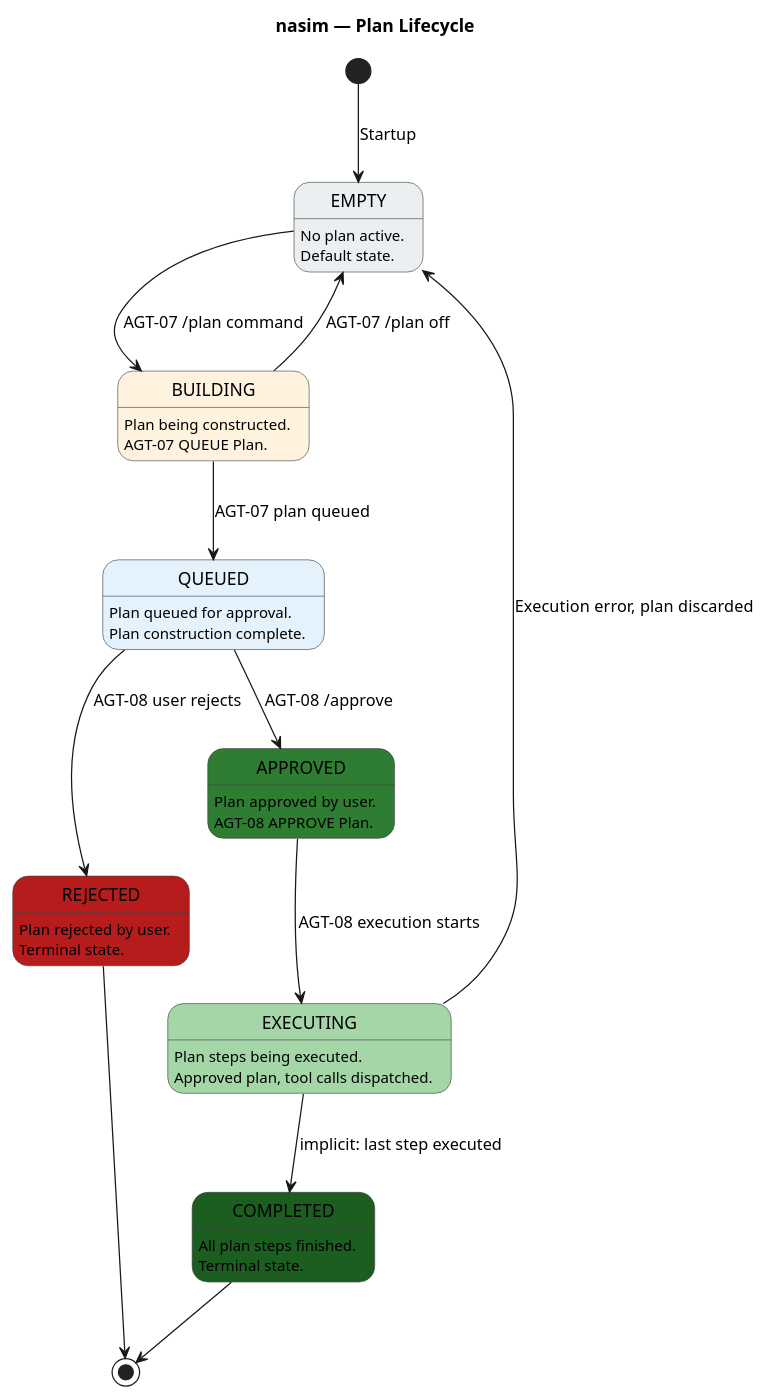
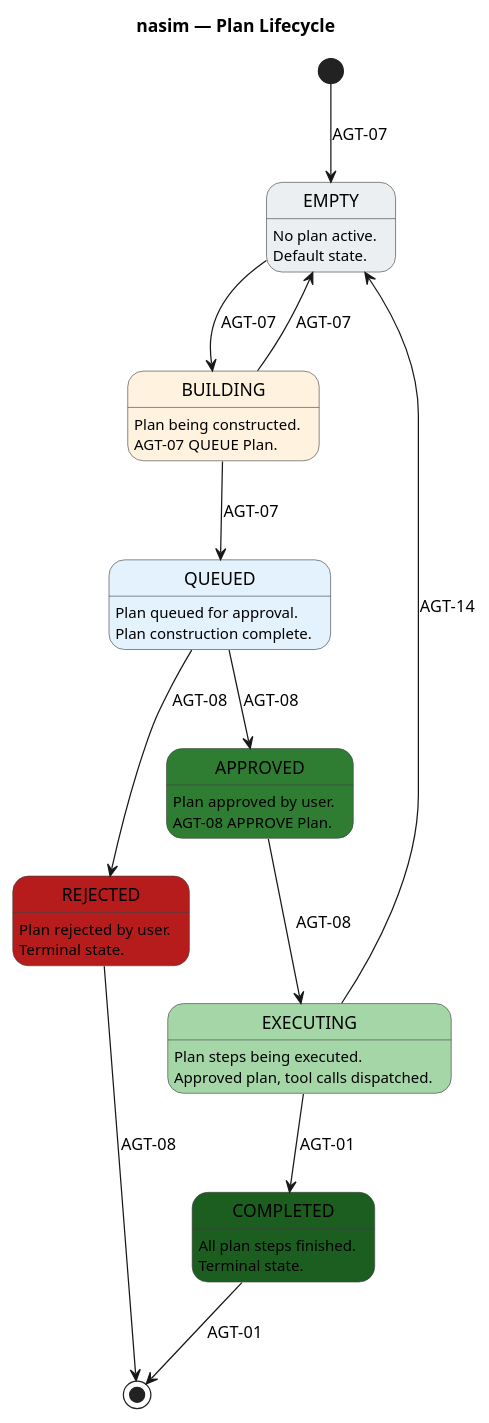
Before and after one commit to salimnamvar/nasim: the fourth of 4 diagrams in SM.md, drawn with PlantUML. The commit also changed other lines of this file and 3 other files, not shown here.

Commit message:
docs: Update documentation paths and enhance component diagram descriptions

```diff
--- a/SM.md
+++ b/SM.md
@@ -405,61 +408,61 @@
 @startuml sm_plan_lifecycle
 ' ============================================================
 ' Title:     nasim — Plan Lifecycle State Machine
 ' Boundary:  nasim code agent
 ' Purpose:   Entity lifecycle for Plan (persisted in PlanSession)
 ' Milestone: v1.0
 ' Version:   6.0.0
 ' Source:    docs/UC/README.md
 ' Review:    docs/audit/audit.2026.06.20.sq-sm-chain.car.md
 ' ============================================================
 
 title nasim — Plan Lifecycle
 
 skinparam state {
   BackgroundColor #FFFFFF
   BorderColor #424242
   FontColor #000000
 }
 
-[*] --> EMPTY : Startup
+[*] --> EMPTY : AGT-07
 
 state "EMPTY" as EMPTY #ECEFF1
 EMPTY : No plan active.
 EMPTY : Default state.
 
 state "BUILDING" as BUILDING #FFF3E0
 BUILDING : Plan being constructed.
 BUILDING : AGT-07 QUEUE Plan.
 
 state "QUEUED" as QUEUED #E3F2FD
 QUEUED : Plan queued for approval.
 QUEUED : Plan construction complete.
 
 state "APPROVED" as APPROVED #2E7D32
 APPROVED : Plan approved by user.
 APPROVED : AGT-08 APPROVE Plan.
 
 state "EXECUTING" as EXECUTING #A5D6A7
 EXECUTING : Plan steps being executed.
 EXECUTING : Approved plan, tool calls dispatched.
 
 state "COMPLETED" as COMPLETED #1B5E20
 COMPLETED : All plan steps finished.
 COMPLETED : Terminal state.
 
 state "REJECTED" as REJECTED #B71C1C
 REJECTED : Plan rejected by user.
 REJECTED : Terminal state.
 
-EMPTY --> BUILDING : AGT-07 /plan command
-BUILDING --> QUEUED : AGT-07 plan queued
-BUILDING --> EMPTY : AGT-07 /plan off
-QUEUED --> APPROVED : AGT-08 /approve
-QUEUED --> REJECTED : AGT-08 user rejects
-APPROVED --> EXECUTING : AGT-08 execution starts
-EXECUTING --> COMPLETED : implicit: last step executed
-EXECUTING --> EMPTY : Execution error, plan discarded
-COMPLETED --> [*]
-REJECTED --> [*]
+EMPTY --> BUILDING : AGT-07
+BUILDING --> QUEUED : AGT-07
+BUILDING --> EMPTY : AGT-07
+QUEUED --> APPROVED : AGT-08
+QUEUED --> REJECTED : AGT-08
+APPROVED --> EXECUTING : AGT-08
+EXECUTING --> COMPLETED : AGT-01
+EXECUTING --> EMPTY : AGT-14
+COMPLETED --> [*] : AGT-01
+REJECTED --> [*] : AGT-08
 
 @enduml
```
